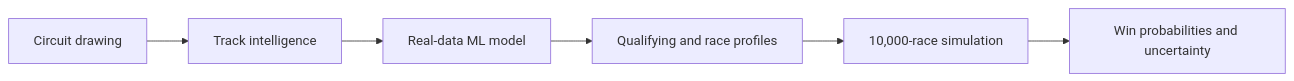
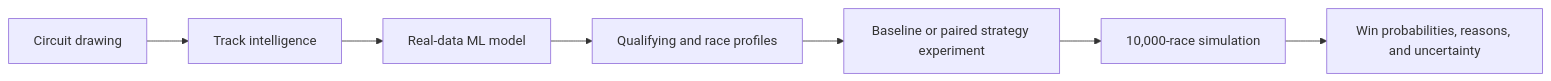
One commit to dhruvtoprani/f1track changed the diagram in README.md. Above: the diagram before and after it, drawn with Mermaid. The commit also changed other lines of this file and 16 other files, not shown here.

````diff
--- a/README.md
+++ b/README.md
@@ -28,8 +30,9 @@
 ```mermaid
 flowchart LR
     A["Circuit drawing"] --> B["Track intelligence"]
     B --> C["Real-data ML model"]
     C --> D["Qualifying and race profiles"]
-    D --> E["10,000-race simulation"]
-    E --> F["Win probabilities and uncertainty"]
+    D --> E["Baseline or paired strategy experiment"]
+    E --> F["10,000-race simulation"]
+    F --> G["Win probabilities, reasons, and uncertainty"]
 ```
````
